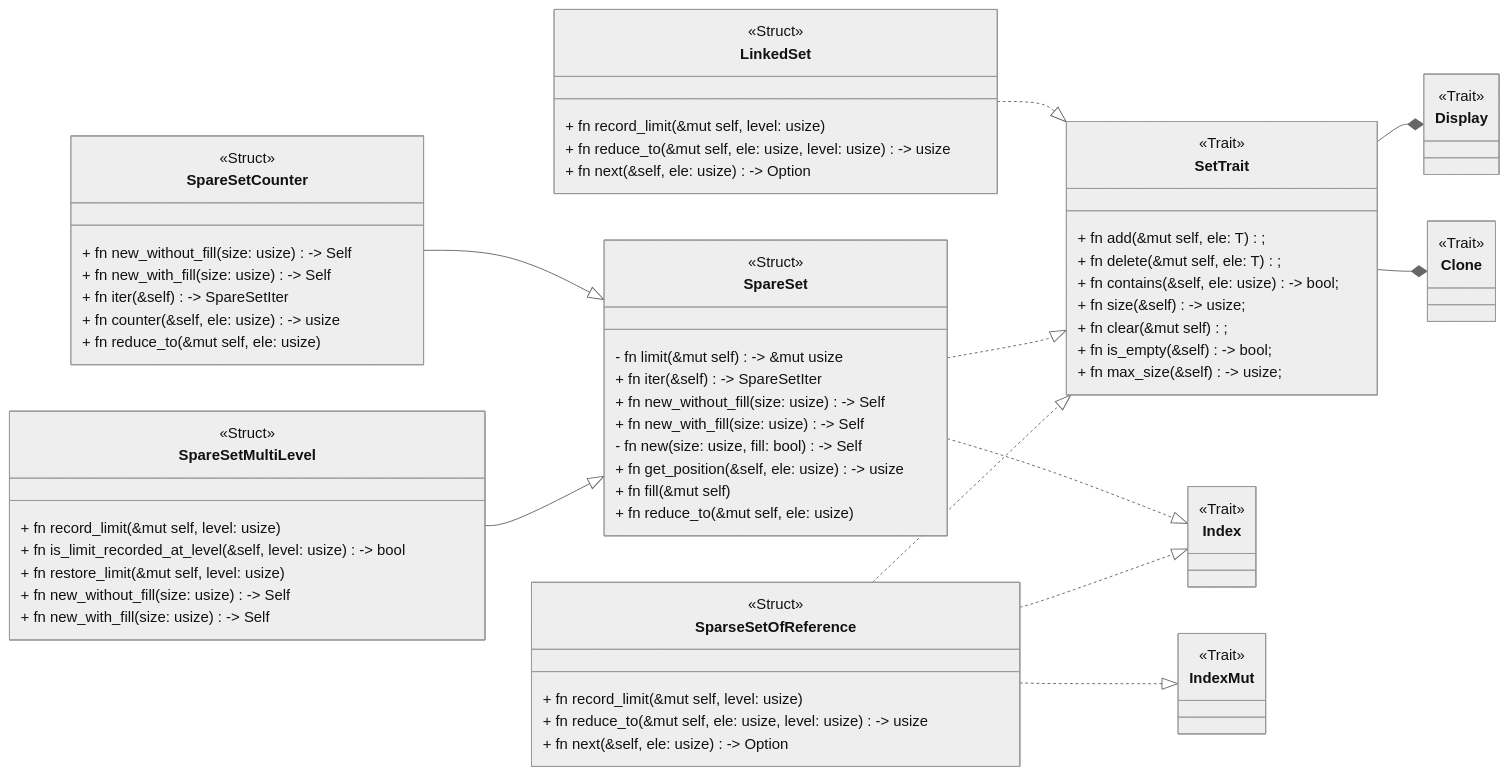
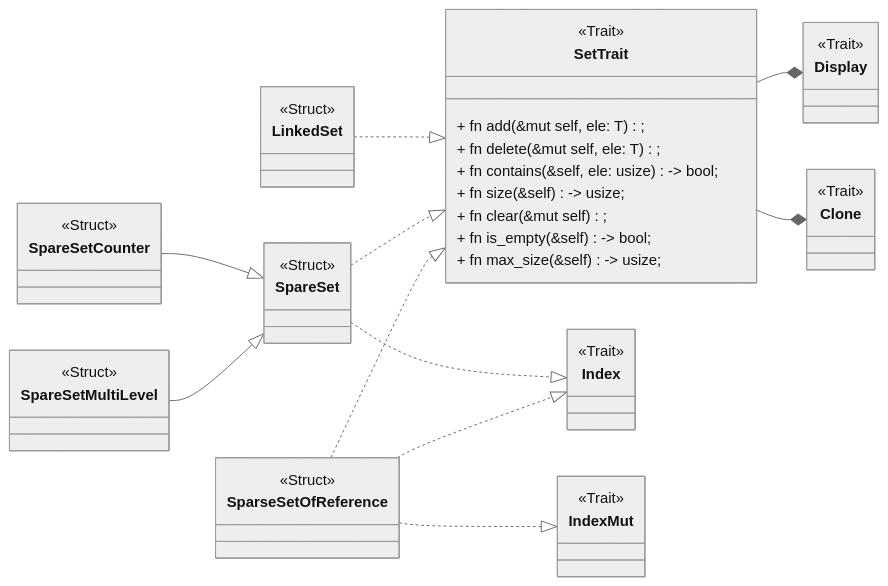
One commit to luhanzhen/RuCos changed the diagram in src/utils/readme.md. Above: the diagram before and after it, drawn with Mermaid (neutral theme). The commit also changed 17 other files, not shown here.

```diff
--- a/src/utils/readme.md
+++ b/src/utils/readme.md
@@ -5,9 +5,9 @@
 classDiagram
 direction LR
 
-class Clone {
-<<Trait>>
-}
+    class Clone {
+    <<Trait>>
+    }
 
     class Display {
         <<Trait>>
@@ -15,7 +15,7 @@
     
 
     SetTrait --* Display
-SetTrait --* Clone
+    SetTrait --* Clone
 
     class SetTrait {
         <<Trait>>
@@ -39,64 +39,29 @@
     <<Struct>>
     
     
-    + fn record_limit(&mut self, level: usize)
-    + fn reduce_to(&mut self, ele: usize, level: usize) -> usize
-    + fn next(&self, ele: usize) -> Option<usize>
-
+   
 
 }
     class LinkedSet {
         <<Struct>>
        
-        + fn record_limit(&mut self, level: usize)
-        + fn reduce_to(&mut self, ele: usize, level: usize) -> usize
-        + fn next(&self, ele: usize) -> Option<usize>
-        
+
     }
 
     class SpareSetMultiLevel {
         <<Struct>>
-    + fn record_limit(&mut self, level: usize) 
-    + fn is_limit_recorded_at_level(&self, level: usize) -> bool
-    
-    + fn restore_limit(&mut self, level: usize)
 
-        + fn new_without_fill(size: usize) -> Self
-
-        + fn new_with_fill(size: usize) -> Self
     }
 
 
     class SpareSet {
         <<Struct>>
-    - fn limit(&mut self) -> &mut usize 
-    
-    + fn iter(&self) -> SpareSetIter
-    
-    + fn new_without_fill(size: usize) -> Self 
-    
-    + fn new_with_fill(size: usize) -> Self 
-    
-    - fn new(size: usize, fill: bool) -> Self 
-    
-    + fn get_position(&self, ele: usize) -> usize 
-    
-    + fn fill(&mut self)
-    
-    + fn reduce_to(&mut self, ele: usize) 
+       
     }
     
     class SpareSetCounter {
         <<Struct>>
-+ fn new_without_fill(size: usize) -> Self 
-    
-+ fn new_with_fill(size: usize) -> Self 
 
-+ fn iter(&self) -> SpareSetIter 
-
-+ fn counter(&self, ele: usize) -> usize 
-
-+ fn reduce_to(&mut self, ele: usize) 
     }
 
 
```
